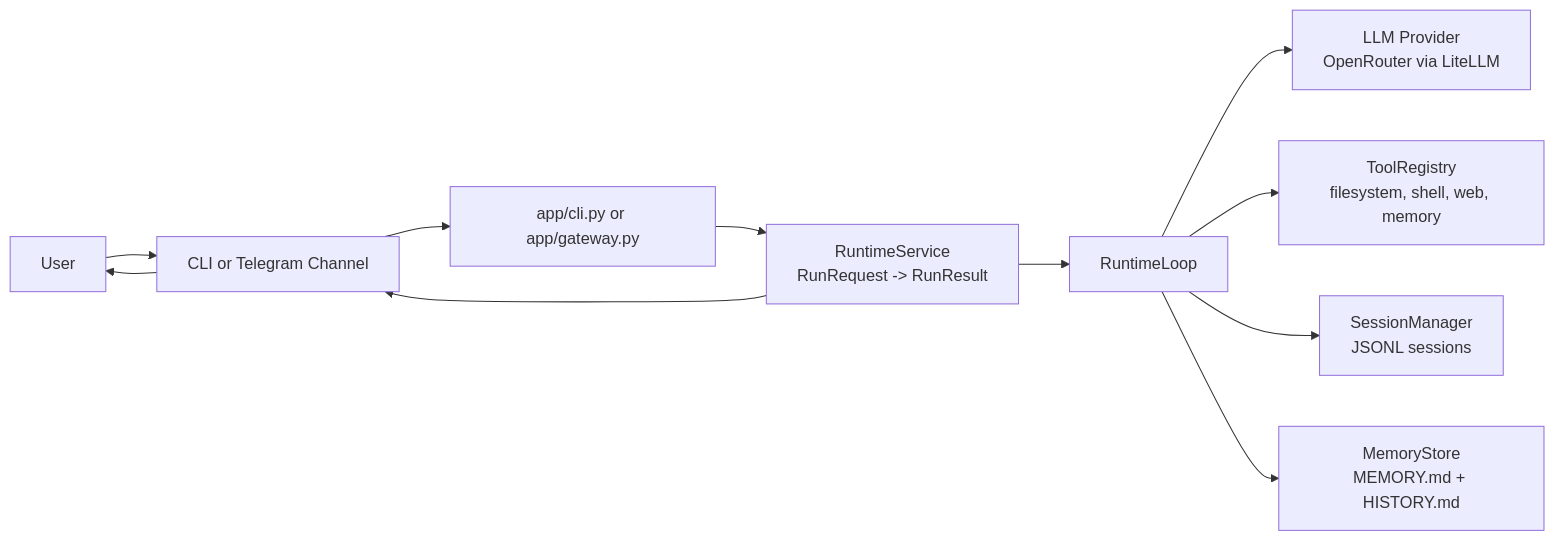
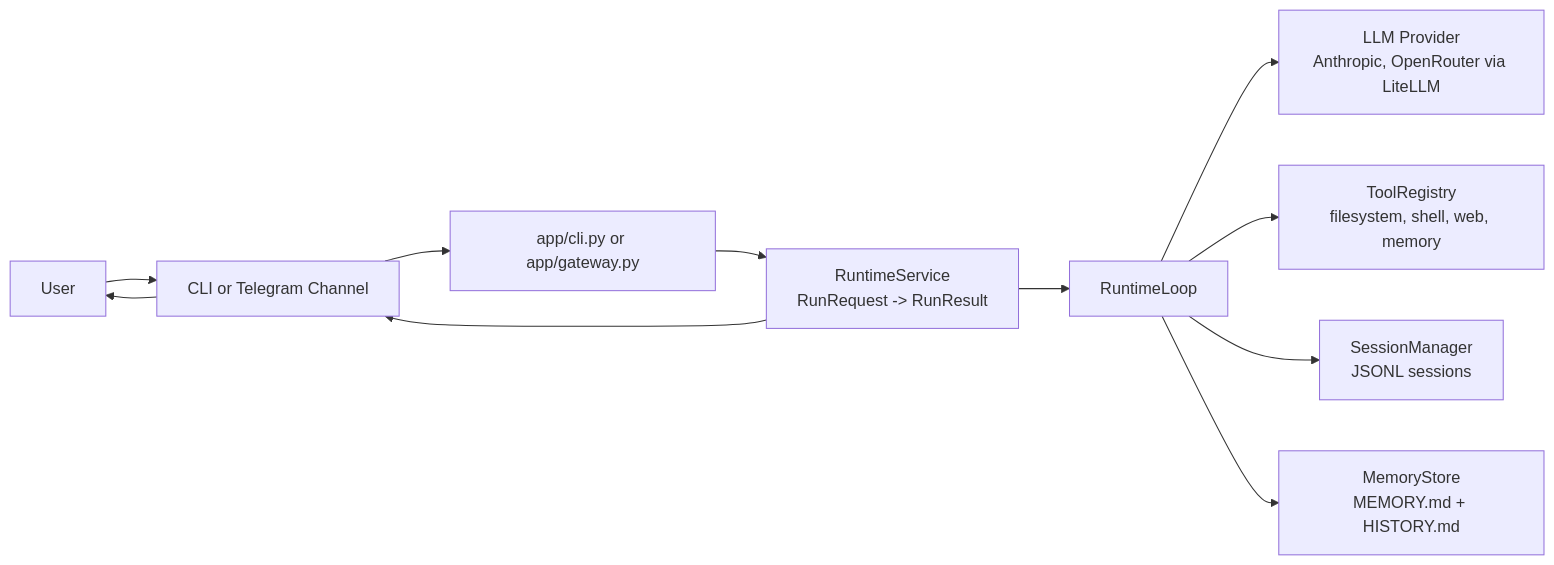
Before and after one commit to milescole/sideclaw: the diagram in README.md, drawn with Mermaid. The commit also changed other lines of this file and 9 other files, not shown here.

Commit message:
feat(providers): add direct Anthropic provider with prompt caching support

````diff
--- a/README.md
+++ b/README.md
@@ -29,13 +29,13 @@
 ```mermaid
 flowchart LR
     U[User] --> C[CLI or Telegram Channel]
     C --> APP[app/cli.py or app/gateway.py]
     APP --> R[RuntimeService<br/>RunRequest -> RunResult]
     R --> A[RuntimeLoop]
-    A --> P[LLM Provider<br/>OpenRouter via LiteLLM]
+    A --> P[LLM Provider<br/>Anthropic, OpenRouter via LiteLLM]
     A --> T[ToolRegistry<br/>filesystem, shell, web, memory]
     A --> S[SessionManager<br/>JSONL sessions]
     A --> M[MemoryStore<br/>MEMORY.md + HISTORY.md]
     R --> C
     C --> U
 ```
````
